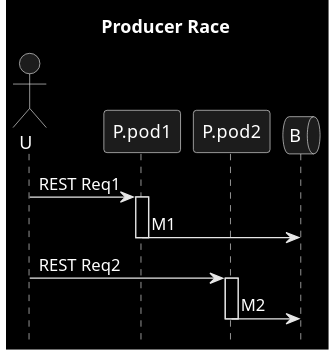
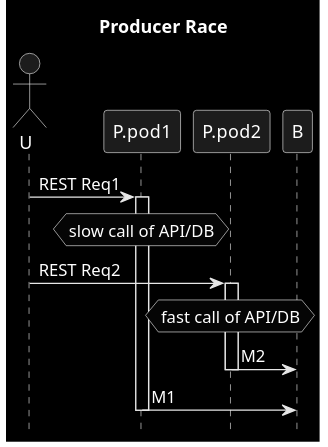
Before and after one commit to victorrentea/kafka: the diagram in patterns/2b_out_of_order_p.puml, drawn with PlantUML.

Commit message:
2 instance racing and the first request gets sent last

```diff
--- a/patterns/2b_out_of_order_p.puml
+++ b/patterns/2b_out_of_order_p.puml
@@ -1,16 +1,17 @@
 @startuml
 title Producer Race
 hide footbox
 skinparam monochrome reverse
-queue B order 9
 actor U
 
 U->P.pod1: REST Req1
 activate P.pod1
+hnote over P.pod1: slow call of API/DB
+U->P.pod2: REST Req2
+activate P.pod2
+hnote over P.pod2: fast call of API/DB
+P.pod2->B: M2
+deactivate P.pod2
 P.pod1->B: M1
 deactivate P.pod1
-U->P.pod2: REST Req2
-activate P.pod2
-P.pod2->B: M2
-deactivate P.pod2
 @enduml
```
